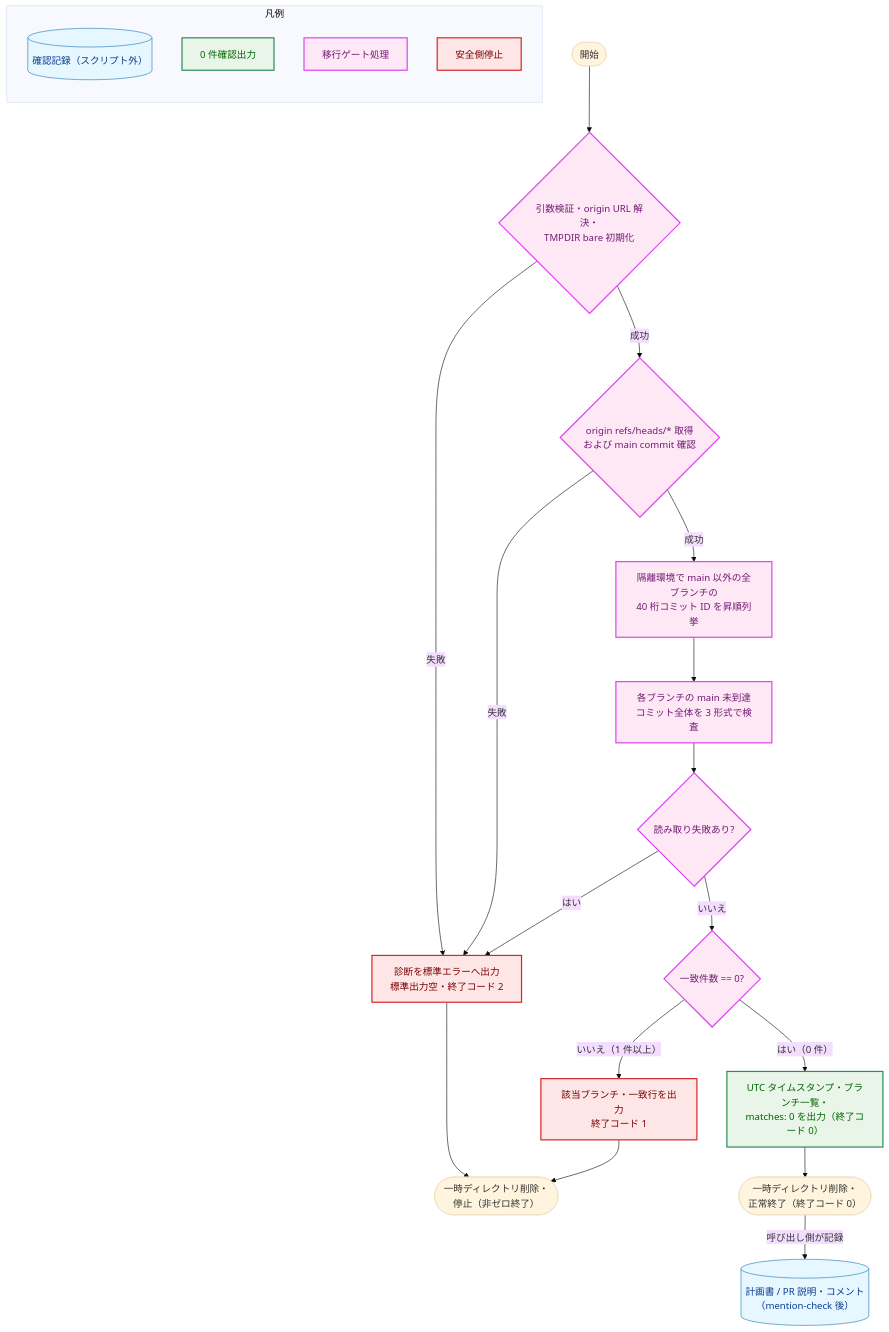
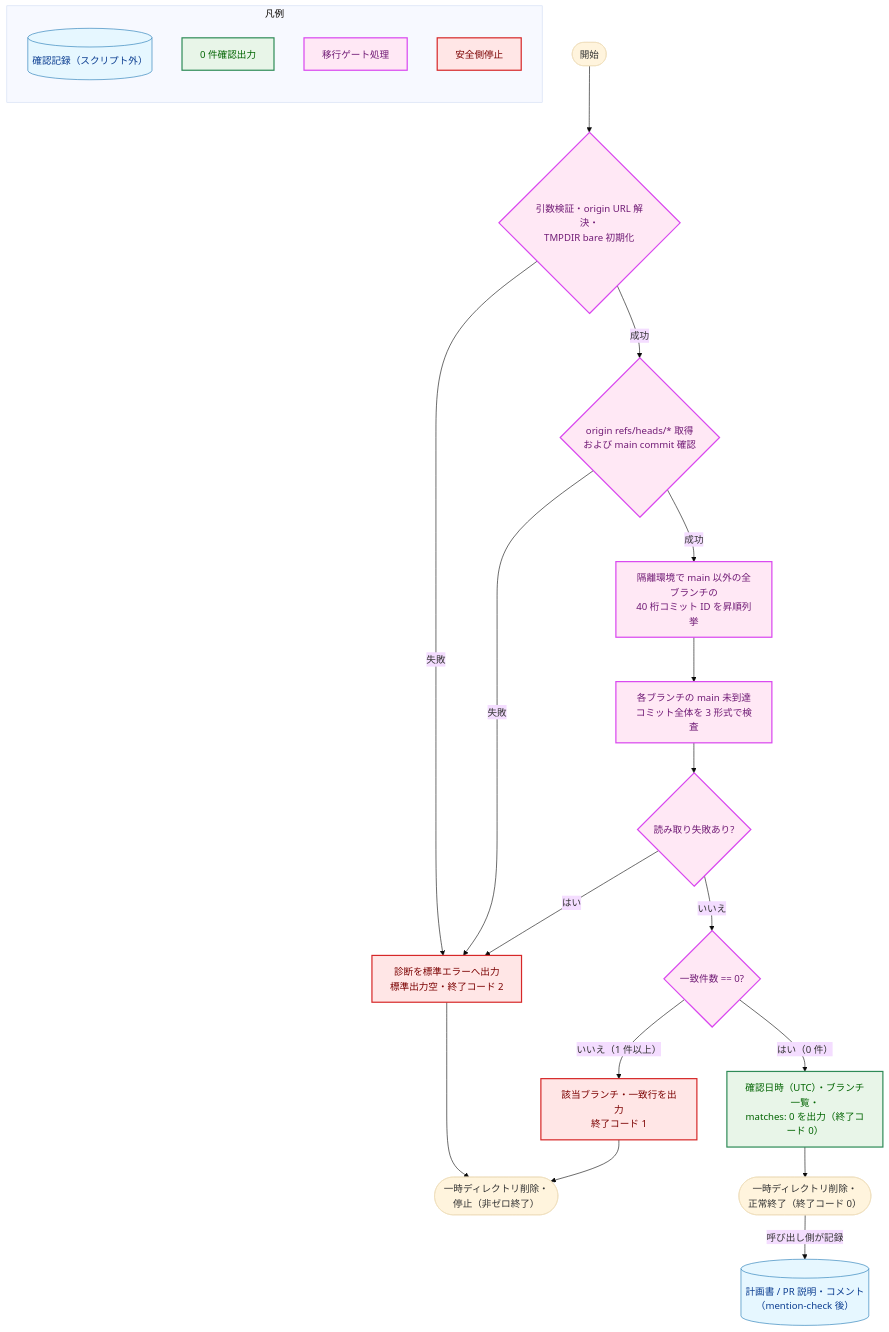
The sixth of 7 diagrams in docs/tasks/0121_retire_legacy_review_records/02_architecture.md (isseis/yt2column), drawn with Mermaid (base theme) before and after one commit. The commit also changed other lines of this file, not shown here.

````diff
--- a/docs/tasks/0121_retire_legacy_review_records/02_architecture.md
+++ b/docs/tasks/0121_retire_legacy_review_records/02_architecture.md
@@ -450,31 +455,31 @@
 ```mermaid
 flowchart TD
     classDef data fill:#e6f7ff,stroke:#1f77b4,stroke-width:1px,color:#0b3d91;
     classDef enhanced fill:#e8f5e8,stroke:#2e8b57,stroke-width:2px,color:#006400;
     classDef newpkg fill:#ffe8f5,stroke:#d946ef,stroke-width:2px,color:#701a75;
     classDef problem fill:#ffe6e6,stroke:#d62728,stroke-width:2px,color:#7b0000;
 
     startNode(["開始"]) --> initTmp{"引数検証・origin URL 解決・<br>TMPDIR bare 初期化"}:::newpkg
     initTmp -->|"失敗"| errStop["診断を標準エラーへ出力<br>標準出力空・終了コード 2"]:::problem
     initTmp -->|"成功"| fetchStep{"origin refs/heads/* 取得<br>および main commit 確認"}:::newpkg
     fetchStep -->|"失敗"| errStop
     fetchStep -->|"成功"| enumBranches["隔離環境で main 以外の全ブランチの<br>40 桁コミット ID を昇順列挙"]:::newpkg
     enumBranches --> scanCommits["各ブランチの main 未到達<br>コミット全体を 3 形式で検査"]:::newpkg
     scanCommits --> readCheck{"読み取り失敗あり?"}:::newpkg
     readCheck -->|"はい"| errStop
     readCheck -->|"いいえ"| hitCheck{"一致件数 == 0?"}:::newpkg
     hitCheck -->|"いいえ（1 件以上）"| hitStop["該当ブランチ・一致行を出力<br>終了コード 1"]:::problem
-    hitCheck -->|"はい（0 件）"| okOut["UTC タイムスタンプ・ブランチ一覧・<br>matches: 0 を出力（終了コード 0）"]:::enhanced
+    hitCheck -->|"はい（0 件）"| okOut["確認日時（UTC）・ブランチ一覧・<br>matches: 0 を出力（終了コード 0）"]:::enhanced
     errStop --> cleanupFail(["一時ディレクトリ削除・<br>停止（非ゼロ終了）"])
     hitStop --> cleanupFail
     okOut --> cleanupOk(["一時ディレクトリ削除・<br>正常終了（終了コード 0）"])
     cleanupOk -->|"呼び出し側が記録"| recordDoc[("計画書 / PR 説明・コメント<br>（mention-check 後）")]:::data
 
     subgraph legend["凡例"]
         direction TB
         l1[("確認記録（スクリプト外）")]:::data
         l2["0 件確認出力"]:::enhanced
         l3["移行ゲート処理"]:::newpkg
         l4["安全側停止"]:::problem
     end
 ```
````
